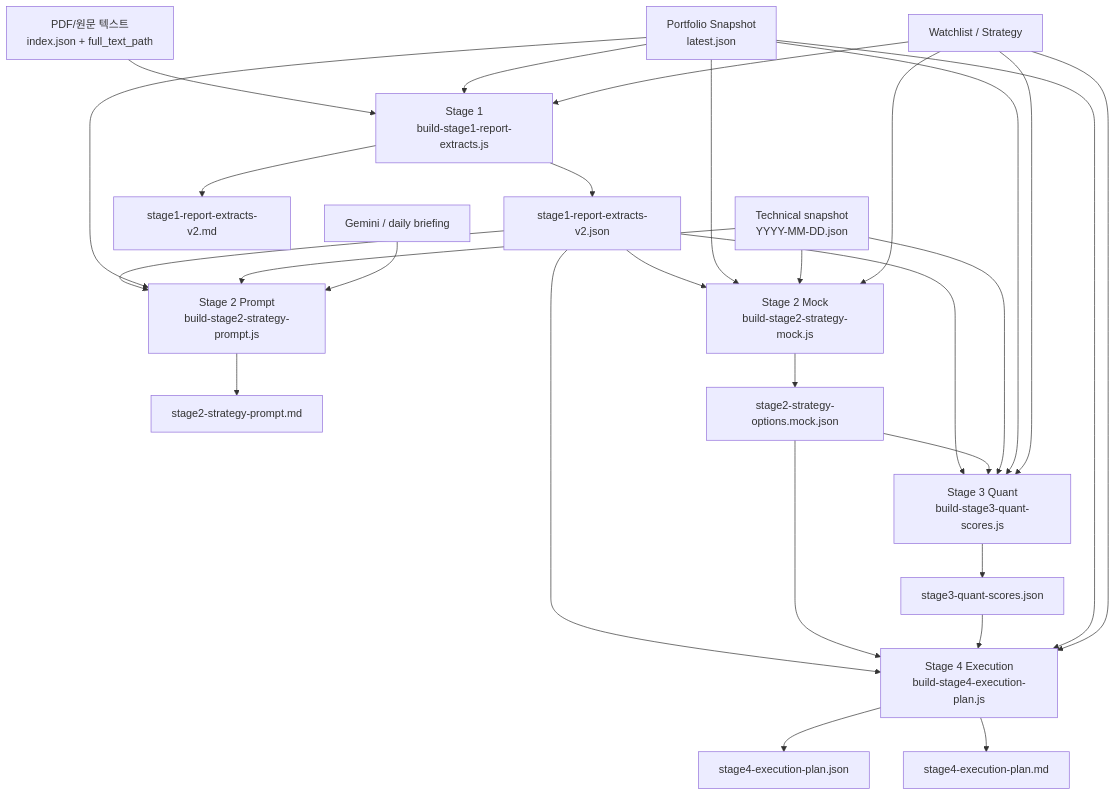
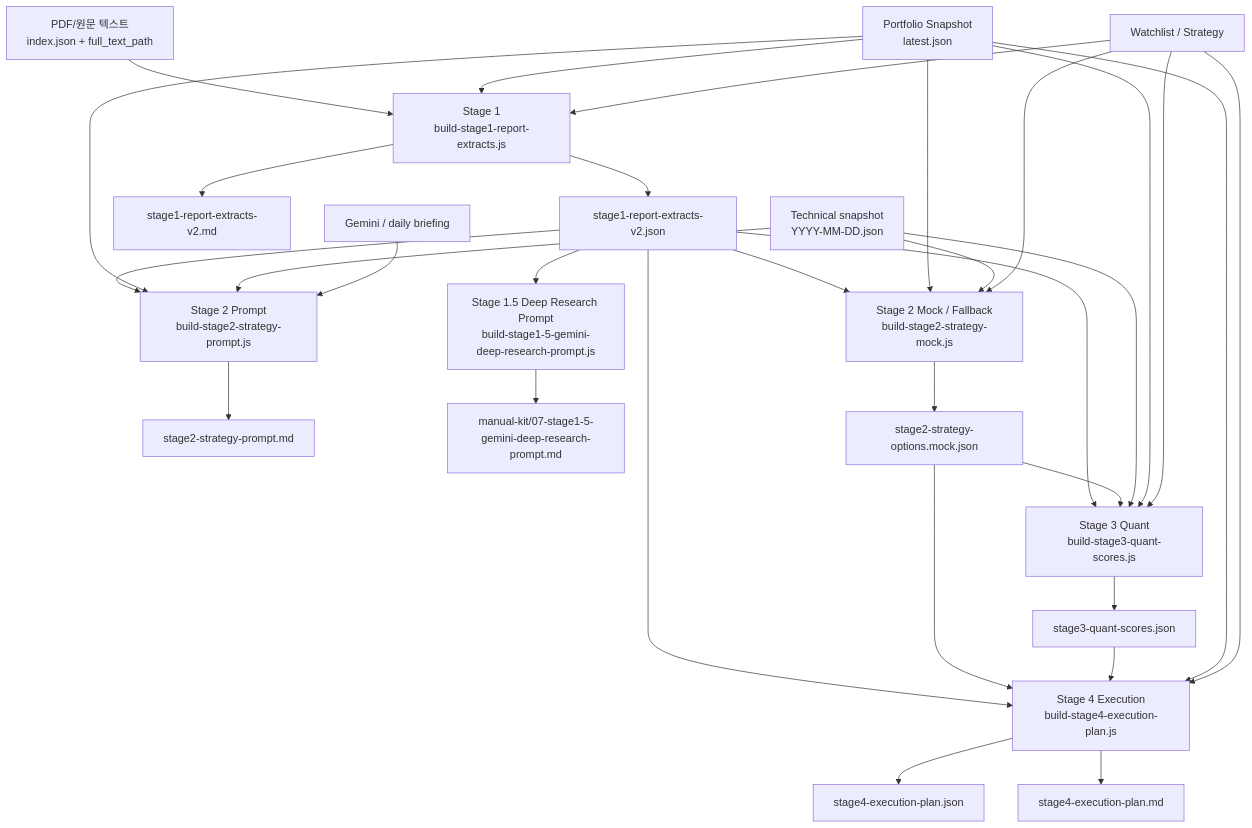
Before and after one commit to sgdrudejr/EcoReport: the diagram in docs/STAGE_1_4_ARCHITECTURE.md, drawn with Mermaid. The commit also changed other lines of this file and 60 other files, not shown here.

````diff
--- a/docs/STAGE_1_4_ARCHITECTURE.md
+++ b/docs/STAGE_1_4_ARCHITECTURE.md
@@ -16,36 +29,39 @@
 ```mermaid
 flowchart TD
     A["PDF/원문 텍스트\nindex.json + full_text_path"] --> B["Stage 1\nbuild-stage1-report-extracts.js"]
     P["Portfolio Snapshot\nlatest.json"] --> B
     W["Watchlist / Strategy"] --> B
 
     B --> B1["stage1-report-extracts-v2.json"]
     B --> B2["stage1-report-extracts-v2.md"]
 
     B1 --> C["Stage 2 Prompt\nbuild-stage2-strategy-prompt.js"]
     P --> C
     T["Technical snapshot\nYYYY-MM-DD.json"] --> C
     G["Gemini / daily briefing"] --> C
     C --> C1["stage2-strategy-prompt.md"]
 
-    B1 --> D["Stage 2 Mock\nbuild-stage2-strategy-mock.js"]
+    B1 --> DR["Stage 1.5 Deep Research Prompt\nbuild-stage1-5-gemini-deep-research-prompt.js"]
+    DR --> DR1["manual-kit/07-stage1-5-gemini-deep-research-prompt.md"]
+
+    B1 --> D["Stage 2 Mock / Fallback\nbuild-stage2-strategy-mock.js"]
     P --> D
     T --> D
     W --> D
     D --> D1["stage2-strategy-options.mock.json"]
 
     B1 --> E["Stage 3 Quant\nbuild-stage3-quant-scores.js"]
     D1 --> E
     T --> E
     P --> E
     W --> E
     E --> E1["stage3-quant-scores.json"]
 
     B1 --> F["Stage 4 Execution\nbuild-stage4-execution-plan.js"]
     D1 --> F
     E1 --> F
     P --> F
     W --> F
     F --> F1["stage4-execution-plan.json"]
     F --> F2["stage4-execution-plan.md"]
 ```
````
